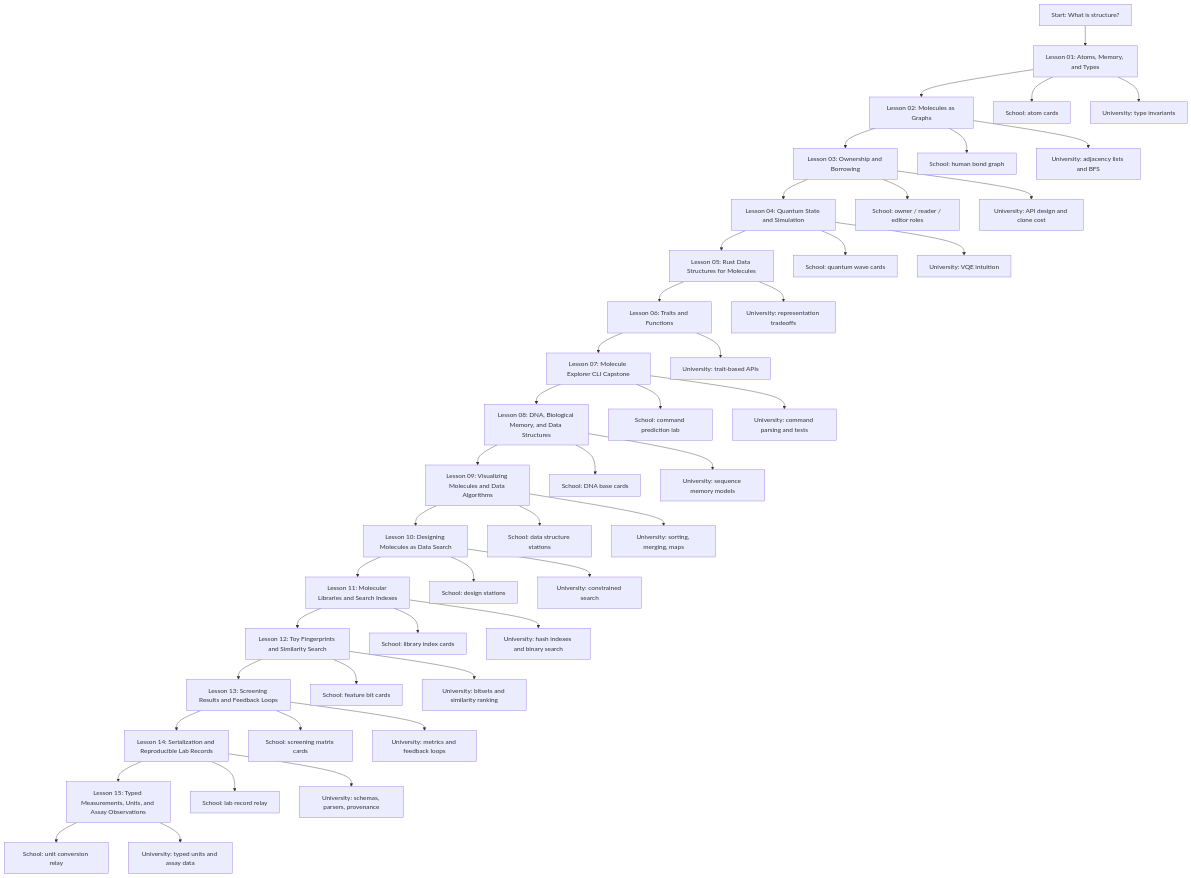
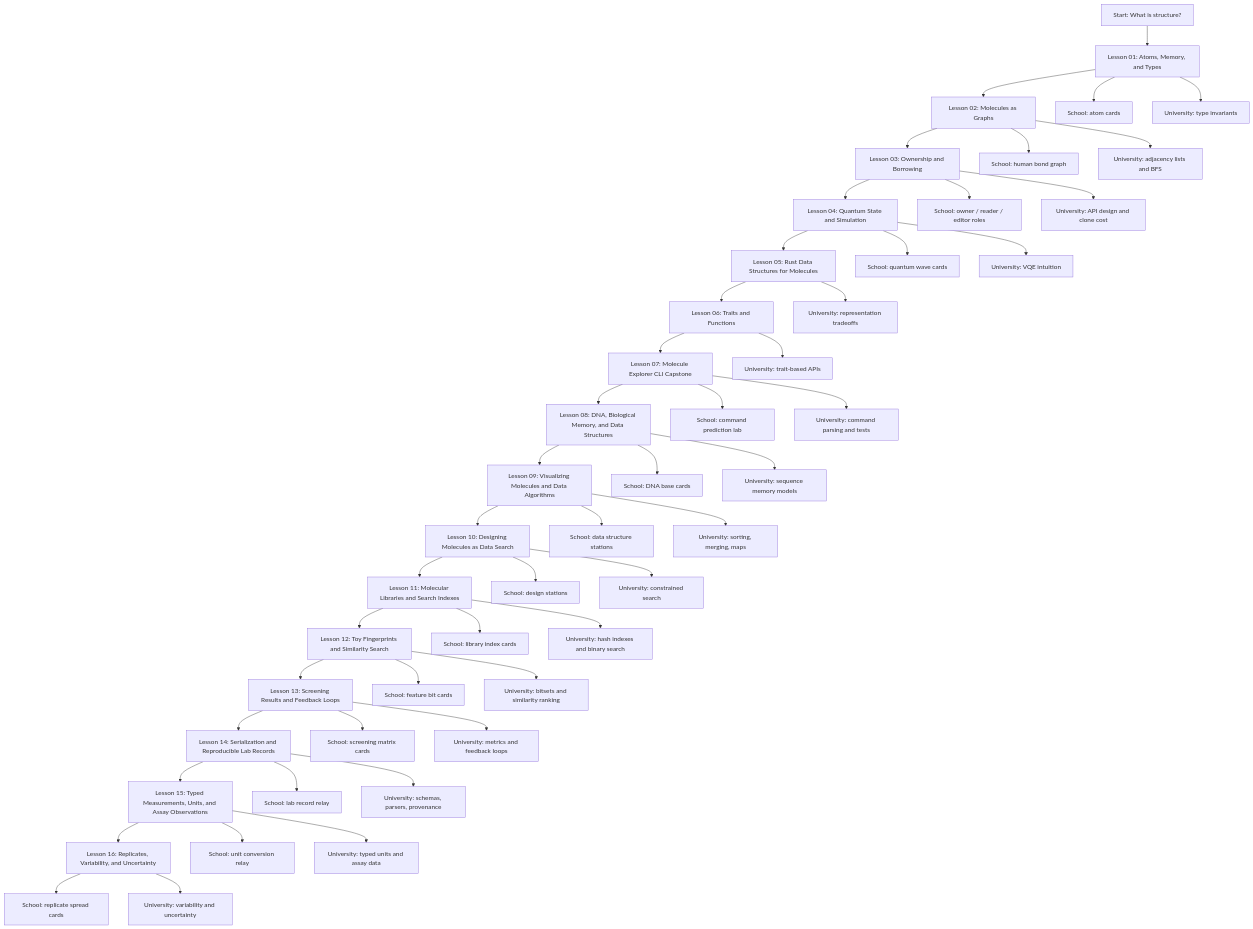
One commit to shastaratech/bio-memory-rust-lab changed the diagram in visuals/mermaid/course-map.md. Above: the diagram before and after it, drawn with Mermaid. The commit also changed 21 other files, not shown here.

Commit message:
feat: add replicate uncertainty lesson

````diff
--- a/visuals/mermaid/course-map.md
+++ b/visuals/mermaid/course-map.md
@@ -9,48 +9,51 @@
 ```mermaid
 flowchart TD
     A["Start: What is structure?"] --> B["Lesson 01: Atoms, Memory, and Types"]
     B --> C["Lesson 02: Molecules as Graphs"]
     C --> D["Lesson 03: Ownership and Borrowing"]
     D --> E["Lesson 04: Quantum State and Simulation"]
     E --> F["Lesson 05: Rust Data Structures for Molecules"]
     F --> G["Lesson 06: Traits and Functions"]
     G --> H["Lesson 07: Molecule Explorer CLI Capstone"]
     H --> I["Lesson 08: DNA, Biological Memory, and Data Structures"]
     I --> J["Lesson 09: Visualizing Molecules and Data Algorithms"]
     J --> K["Lesson 10: Designing Molecules as Data Search"]
     K --> L["Lesson 11: Molecular Libraries and Search Indexes"]
     L --> M["Lesson 12: Toy Fingerprints and Similarity Search"]
     M --> N["Lesson 13: Screening Results and Feedback Loops"]
     N --> O["Lesson 14: Serialization and Reproducible Lab Records"]
     O --> P["Lesson 15: Typed Measurements, Units, and Assay Observations"]
+    P --> Q["Lesson 16: Replicates, Variability, and Uncertainty"]
 
     B --> S1["School: atom cards"]
     C --> S2["School: human bond graph"]
     D --> S3["School: owner / reader / editor roles"]
     E --> S4["School: quantum wave cards"]
     H --> S7["School: command prediction lab"]
     I --> S8["School: DNA base cards"]
     J --> S9["School: data structure stations"]
     K --> S10["School: design stations"]
     L --> S11["School: library index cards"]
     M --> S12["School: feature bit cards"]
     N --> S13["School: screening matrix cards"]
     O --> S14["School: lab record relay"]
     P --> S15["School: unit conversion relay"]
+    Q --> S16["School: replicate spread cards"]
 
     B --> U1["University: type invariants"]
     C --> U2["University: adjacency lists and BFS"]
     D --> U3["University: API design and clone cost"]
     E --> U4["University: VQE intuition"]
     F --> U5["University: representation tradeoffs"]
     G --> U6["University: trait-based APIs"]
     H --> U7["University: command parsing and tests"]
     I --> U8["University: sequence memory models"]
     J --> U9["University: sorting, merging, maps"]
     K --> U10["University: constrained search"]
     L --> U11["University: hash indexes and binary search"]
     M --> U12["University: bitsets and similarity ranking"]
     N --> U13["University: metrics and feedback loops"]
     O --> U14["University: schemas, parsers, provenance"]
     P --> U15["University: typed units and assay data"]
+    Q --> U16["University: variability and uncertainty"]
 ```
````
